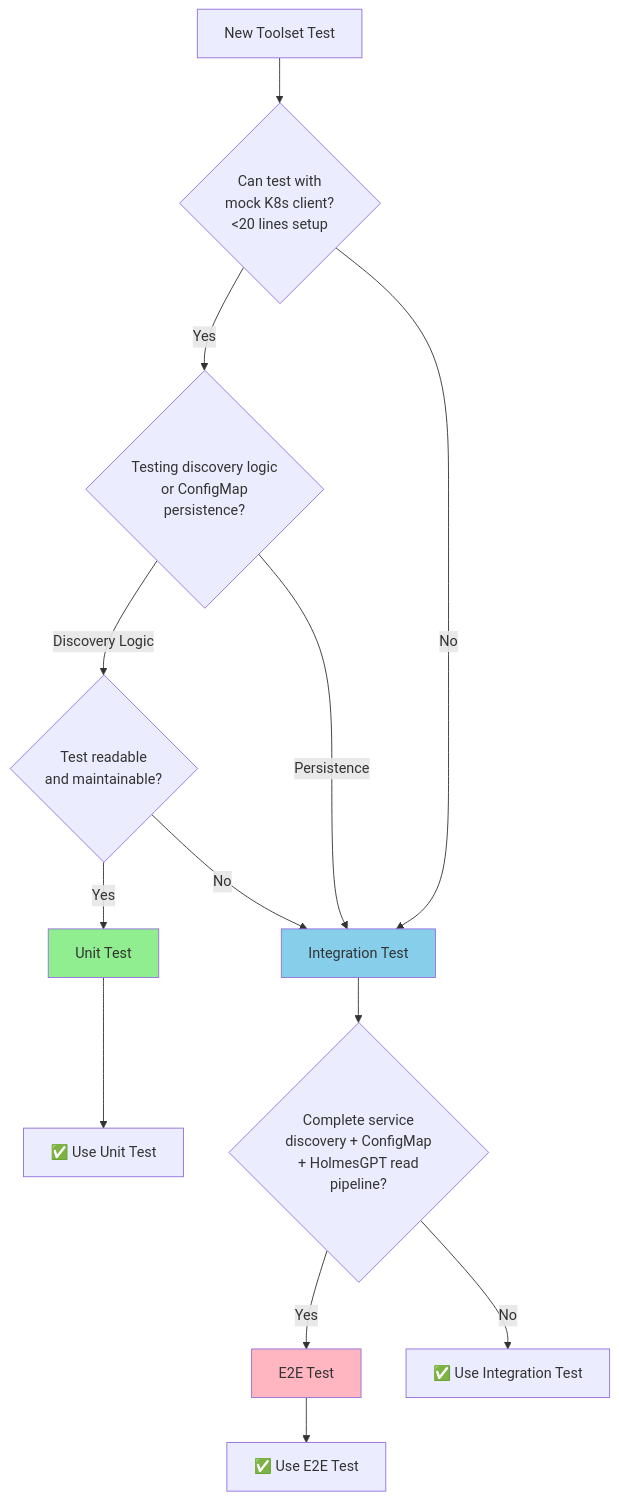
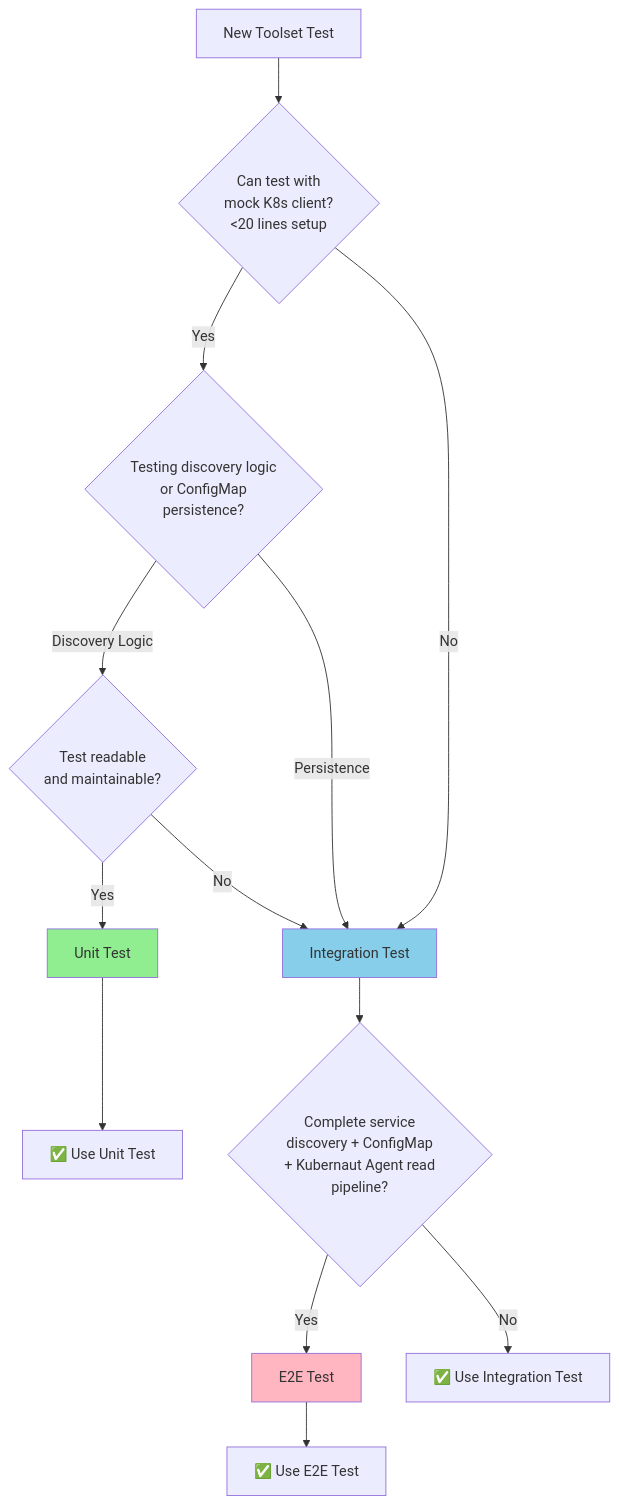
Before and after one commit to jordigilh/kubernaut: the diagram in docs/services/stateless/dynamic-toolset/testing-strategy.md, drawn with Mermaid. The commit also changed other lines of this file and 36 other files, not shown here.

````diff
--- a/docs/services/stateless/dynamic-toolset/testing-strategy.md
+++ b/docs/services/stateless/dynamic-toolset/testing-strategy.md
@@ -1003,25 +1003,25 @@
 ```mermaid
 flowchart TD
     Start[New Toolset Test] --> Question1{Can test with<br/>mock K8s client?<br/>&lt;20 lines setup}
 
     Question1 -->|Yes| Question2{Testing discovery logic<br/>or ConfigMap<br/>persistence?}
     Question1 -->|No| Integration[Integration Test]
 
     Question2 -->|Discovery Logic| Question3{Test readable<br/>and maintainable?}
     Question2 -->|Persistence| Integration
 
     Question3 -->|Yes| Unit[Unit Test]
     Question3 -->|No| Integration
 
     Unit --> Validate1[✅ Use Unit Test]
-    Integration --> Validate2{Complete service<br/>discovery + ConfigMap<br/>+ HolmesGPT read<br/>pipeline?}
+    Integration --> Validate2{Complete service<br/>discovery + ConfigMap<br/>+ Kubernaut Agent read<br/>pipeline?}
 
     Validate2 -->|Yes| E2E[E2E Test]
     Validate2 -->|No| Validate3[✅ Use Integration Test]
 
     E2E --> Validate4[✅ Use E2E Test]
 
     style Unit fill:#90EE90
     style Integration fill:#87CEEB
     style E2E fill:#FFB6C1
 ```
````
